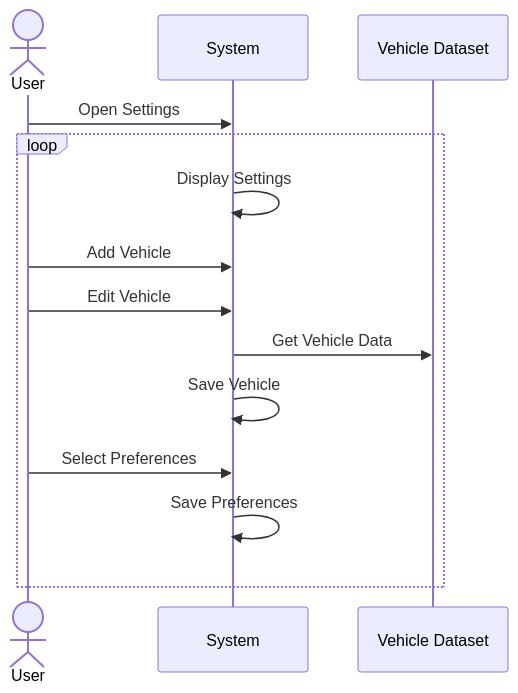
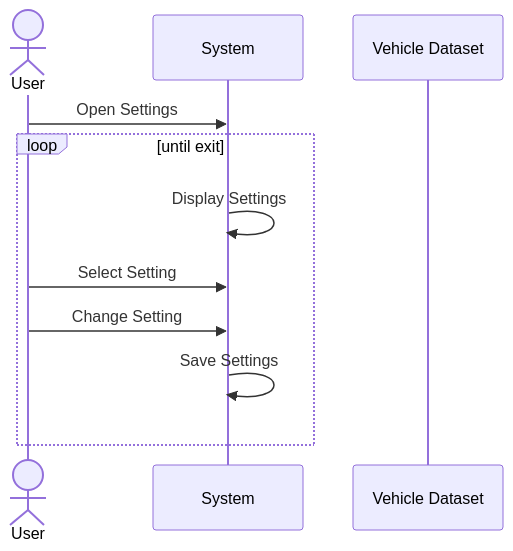
One commit to Issite/carbon-commute-calculator changed the diagram in design/settings_sequence_diagram.md. Above: the diagram before and after it, drawn with Mermaid. The commit also changed 1 other file, not shown here.

Commit message:
split settings sequence diagrams

````diff
--- a/design/settings_sequence_diagram.md
+++ b/design/settings_sequence_diagram.md
@@ -2,20 +2,16 @@
 ```mermaid
     sequenceDiagram
         actor User
         Participant System
         participant Vehicle Dataset
 
         User->>System: Open Settings
 
-        loop
-                System->>System: Display Settings
-                User->>System: Add Vehicle
-                User->>System: Edit Vehicle
-                System->>Vehicle Dataset: Get Vehicle Data
-                System->>System: Save Vehicle
-
-                User->>System: Select Preferences
-                System->>System: Save Preferences
+        loop until exit
+            System->>System: Display Settings
+            User->>System: Select Setting
+            User->>System: Change Setting
+            
+            System->>System: Save Settings
         end
-        
 ```
````
